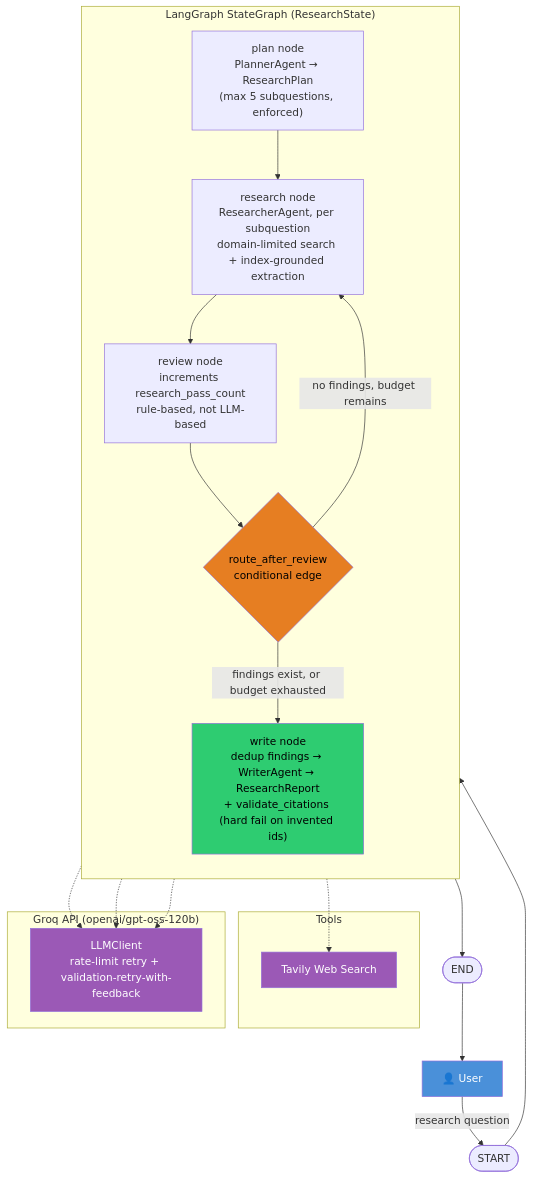
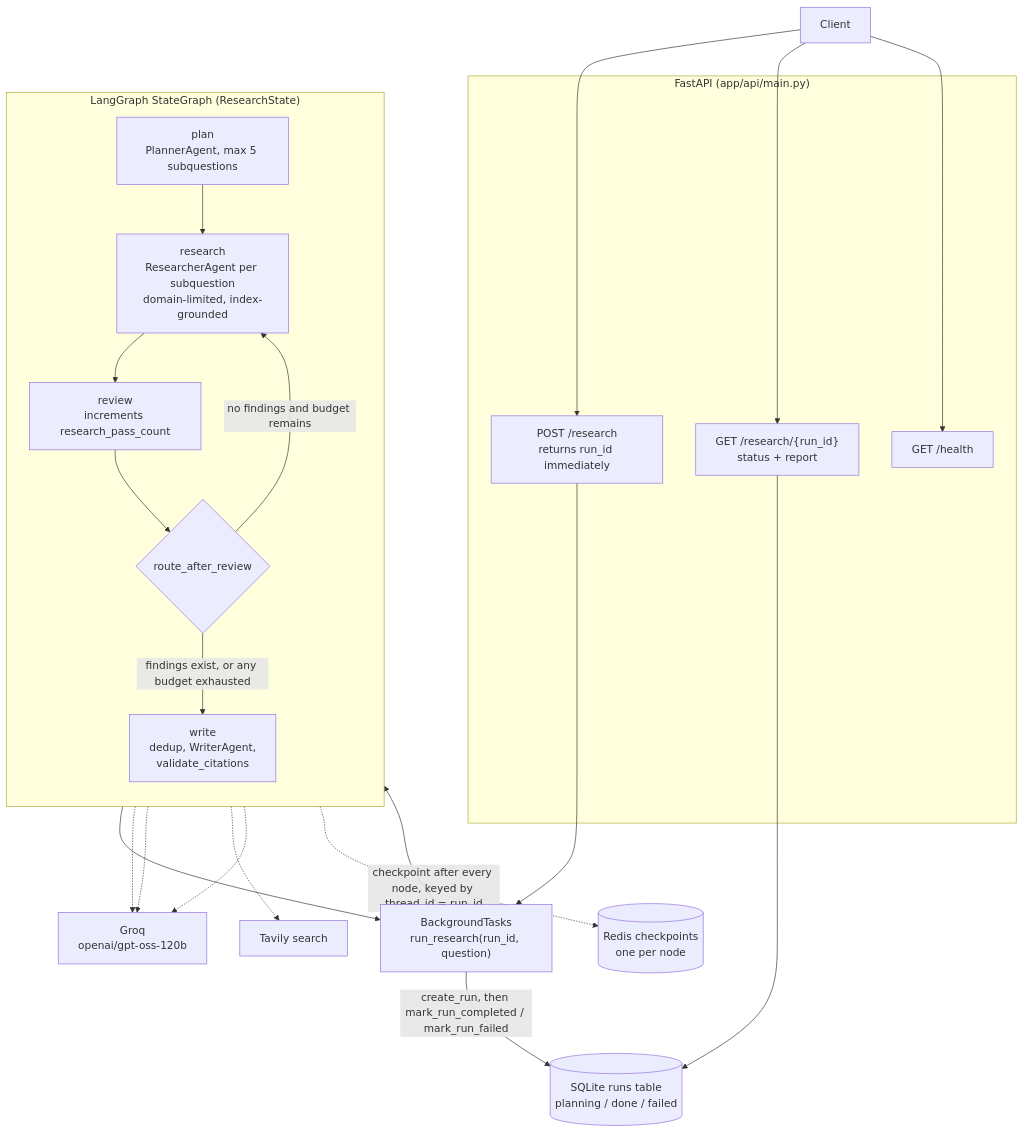
Before and after one commit to vanshikarana06/multi-agent-research-assistant: the diagram in docs/architecture.md, drawn with Mermaid. The commit also changed other lines of this file, not shown here.

Commit message:
docs: update architecture for API, persistence, checkpointing and budgets

````diff
--- a/docs/architecture.md
+++ b/docs/architecture.md
@@ -19,44 +19,46 @@
 ```mermaid
 flowchart TB
-    User["👤 User"]
-    START(["START"])
-    END(["END"])
+    Client["Client"]
+
+    subgraph API["FastAPI (app/api/main.py)"]
+        POST["POST /research<br/>returns run_id immediately"]
+        GET["GET /research/{run_id}<br/>status + report"]
+        HEALTH["GET /health"]
+    end
+
+    BG["BackgroundTasks<br/>run_research(run_id, question)"]
 
     subgraph GRAPH["LangGraph StateGraph (ResearchState)"]
         direction TB
-        PLAN["plan node<br/>PlannerAgent → ResearchPlan<br/>(max 5 subquestions, enforced)"]
-        RESEARCH["research node<br/>ResearcherAgent, per subquestion<br/>domain-limited search + index-grounded extraction"]
-        REVIEW["review node<br/>increments research_pass_count<br/>rule-based, not LLM-based"]
-        ROUTE{"route_after_review<br/>conditional edge"}
-        WRITE["write node<br/>dedup findings → WriterAgent → ResearchReport<br/>+ validate_citations (hard fail on invented ids)"]
+        PLAN["plan<br/>PlannerAgent, max 5 subquestions"]
+        RESEARCH["research<br/>ResearcherAgent per subquestion<br/>domain-limited, index-grounded"]
+        REVIEW["review<br/>increments research_pass_count"]
+        ROUTE{"route_after_review"}
+        WRITE["write<br/>dedup, WriterAgent,<br/>validate_citations"]
     end
 
-    subgraph TOOLS["Tools"]
-        TAVILY["Tavily Web Search"]
-    end
+    SQLITE[("SQLite runs table<br/>planning / done / failed")]
+    REDIS[("Redis checkpoints<br/>one per node")]
+    GROQ["Groq<br/>openai/gpt-oss-120b"]
+    TAVILY["Tavily search"]
 
-    subgraph LLM["Groq API (openai/gpt-oss-120b)"]
-        GROQ["LLMClient<br/>rate-limit retry + validation-retry-with-feedback"]
-    end
-
-    User -->|"research question"| START
-    START --> PLAN
+    Client --> POST
+    Client --> GET
+    Client --> HEALTH
+    POST --> BG
+    GET --> SQLITE
+    BG -->|"create_run, then mark_run_completed / mark_run_failed"| SQLITE
+    BG --> PLAN
     PLAN --> RESEARCH
     RESEARCH --> REVIEW
     REVIEW --> ROUTE
-    ROUTE -->|"no findings, budget remains"| RESEARCH
-    ROUTE -->|"findings exist, or budget exhausted"| WRITE
-    WRITE --> END
-    END --> User
+    ROUTE -->|"no findings and budget remains"| RESEARCH
+    ROUTE -->|"findings exist, or any budget exhausted"| WRITE
+    WRITE --> BG
 
+    GRAPH -.->|"checkpoint after every node, keyed by thread_id = run_id"| REDIS
     PLAN -.-> GROQ
     RESEARCH -.-> GROQ
     RESEARCH -.-> TAVILY
     WRITE -.-> GROQ
-
-    style User fill:#4a90d9,color:#fff
-    style WRITE fill:#2ecc71,color:#000
-    style GROQ fill:#9b59b6,color:#fff
-    style TAVILY fill:#9b59b6,color:#fff
-    style ROUTE fill:#e67e22,color:#000
 ```
````
